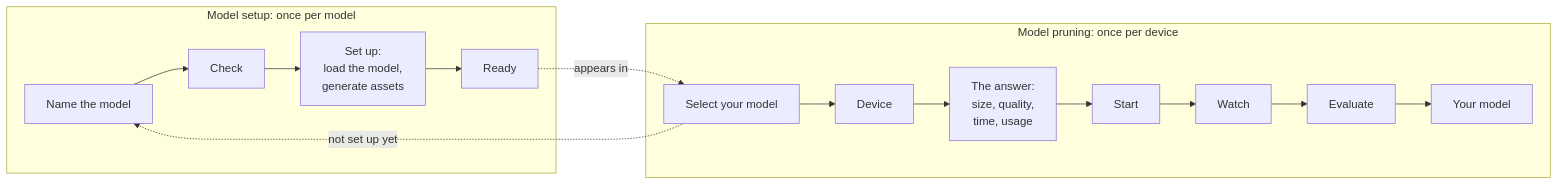
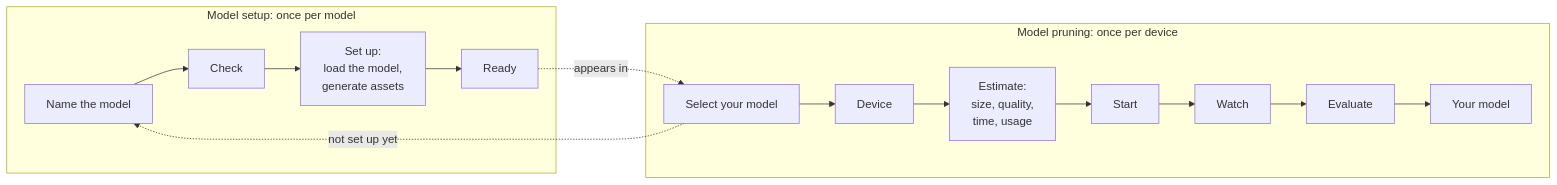
The first of 2 diagrams in docs/APP_DESIGN.md (stephxu96/pruneagent), drawn with Mermaid before and after one commit. The commit also changed other lines of this file and 1 other file, not shown here.

Commit message:
Prune a model: step 3 'Estimate' (was The answer), button 'Next' (was See the answer)

````diff
--- a/docs/APP_DESIGN.md
+++ b/docs/APP_DESIGN.md
@@ -52,11 +52,11 @@
 ```mermaid
 flowchart LR
     subgraph Setup[Model setup: once per model]
         S1[Name the model] --> S2[Check] --> S3[Set up:<br/>load the model,<br/>generate assets] --> S4[Ready]
     end
     subgraph Pruning[Model pruning: once per device]
-        P1[Select your model] --> P2[Device] --> P3[The answer:<br/>size, quality,<br/>time, usage] --> P4[Start] --> P5[Watch] --> P6[Evaluate] --> P7[Your model]
+        P1[Select your model] --> P2[Device] --> P3[Estimate:<br/>size, quality,<br/>time, usage] --> P4[Start] --> P5[Watch] --> P6[Evaluate] --> P7[Your model]
     end
     S4 -. appears in .-> P1
     P1 -. not set up yet .-> S1
 ```
````
